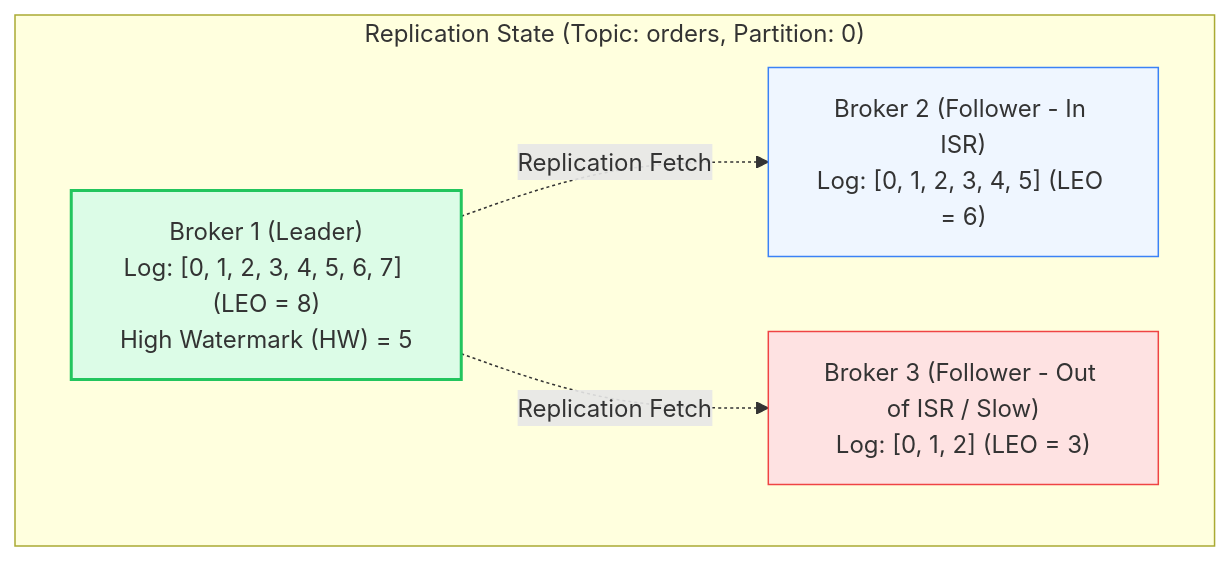
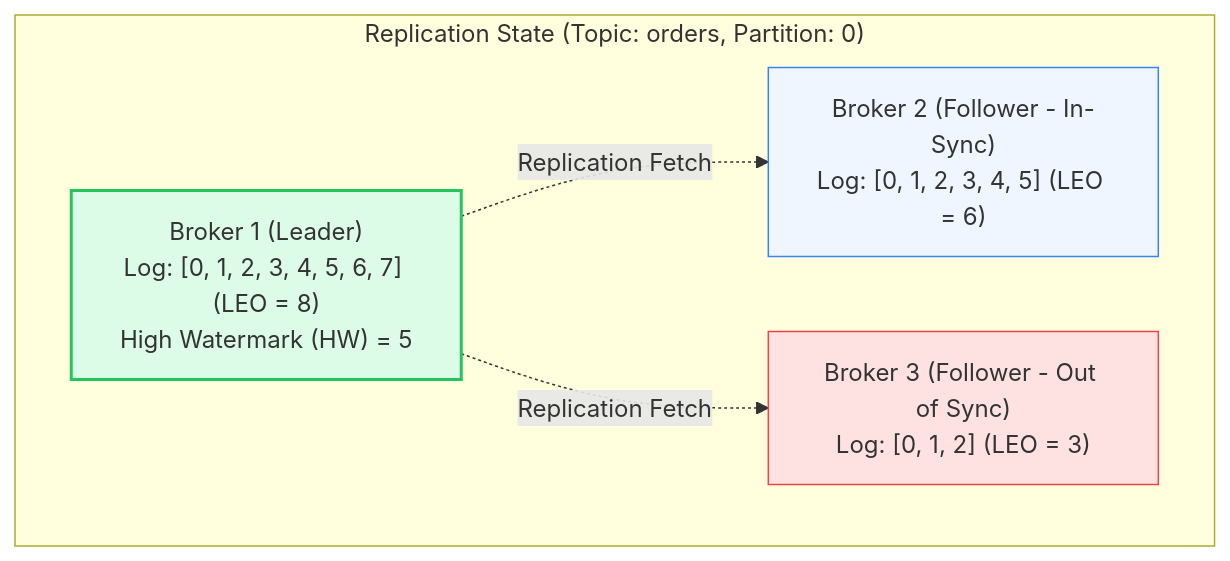
The fourth of 4 diagrams in 03-Apache-Kafka/01-Architecture-and-Log-Internals.md (PandeyKishan/Study-Notes), drawn with Mermaid before and after one commit. The commit also changed other lines of this file and 38 other files, not shown here.

````diff
--- a/03-Apache-Kafka/01-Architecture-and-Log-Internals.md
+++ b/03-Apache-Kafka/01-Architecture-and-Log-Internals.md
@@ -100,15 +107,15 @@
 ```mermaid
 flowchart TD
     subgraph Partition_Replication["Replication State (Topic: orders, Partition: 0)"]
         Leader["Broker 1 (Leader)\nLog: [0, 1, 2, 3, 4, 5, 6, 7] (LEO = 8)\nHigh Watermark (HW) = 5"]
-        Follower1["Broker 2 (Follower - In ISR)\nLog: [0, 1, 2, 3, 4, 5] (LEO = 6)"]
-        Follower2["Broker 3 (Follower - Out of ISR / Slow)\nLog: [0, 1, 2] (LEO = 3)"]
+        Follower1["Broker 2 (Follower - In-Sync)\nLog: [0, 1, 2, 3, 4, 5] (LEO = 6)"]
+        Follower2["Broker 3 (Follower - Out of Sync)\nLog: [0, 1, 2] (LEO = 3)"]
 
         Leader -.->|Replication Fetch| Follower1
         Leader -.->|Replication Fetch| Follower2
     end
 
     style Leader fill:#dcfce7,stroke:#22c55e,stroke-width:2px
     style Follower1 fill:#eff6ff,stroke:#3b82f6,stroke-width:1px
     style Follower2 fill:#fee2e2,stroke:#ef4444,stroke-width:1px
 ```
````
